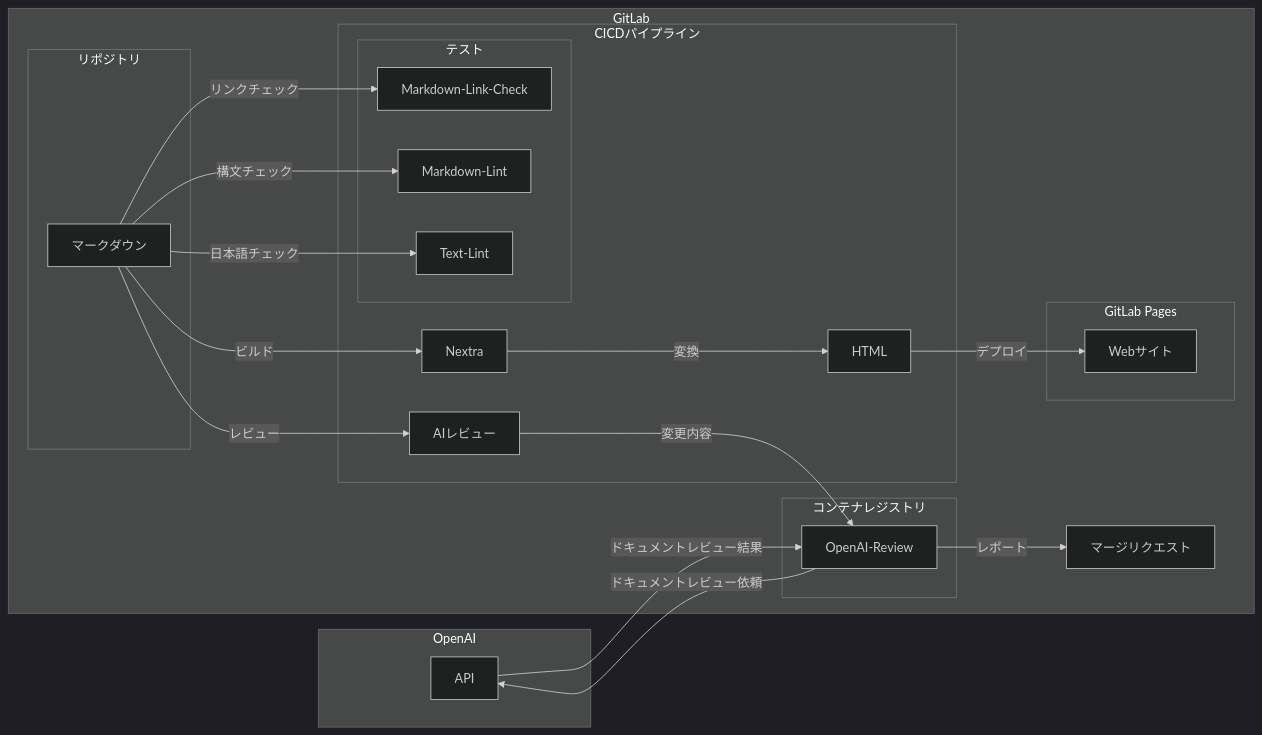
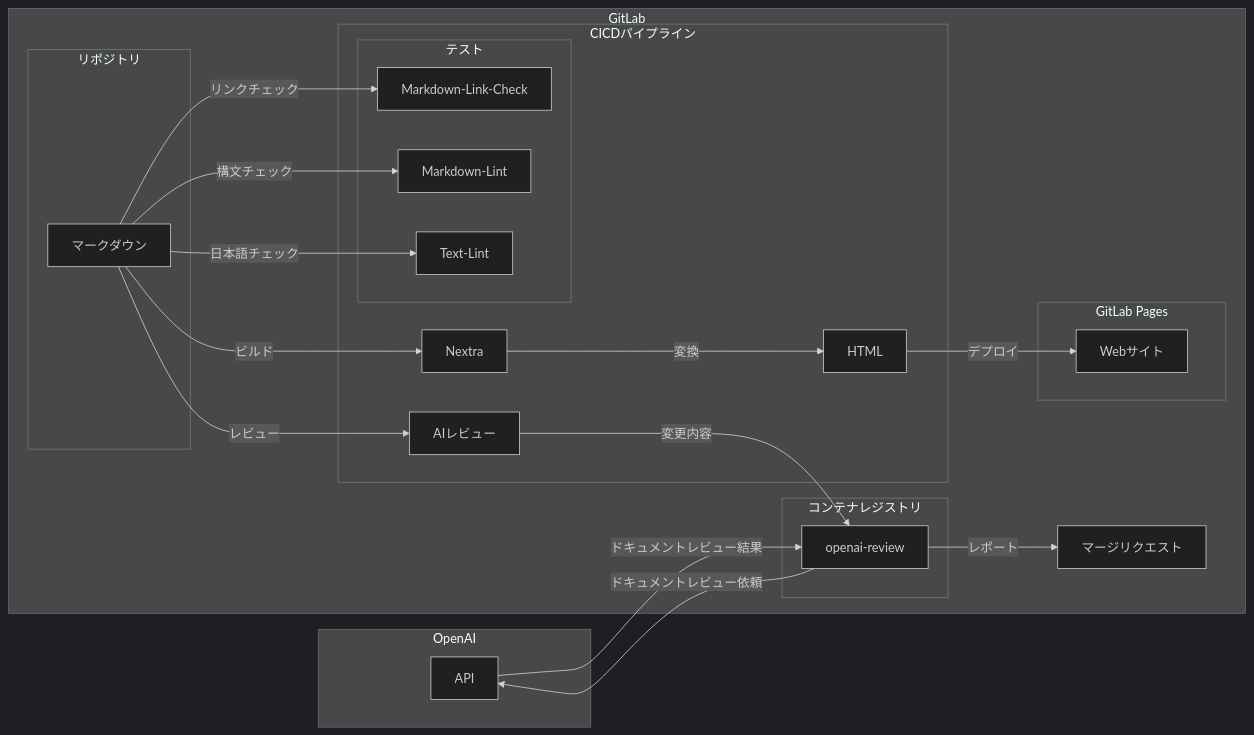
Before and after one commit to gongyong/docs: the first of 2 diagrams in pages/index.mdx, drawn with Mermaid (dark theme). The commit also changed other lines of this file, not shown here.

Commit message:
openai-review

````diff
--- a/pages/index.mdx
+++ b/pages/index.mdx
@@ -31,39 +31,39 @@
 ```mermaid
 graph LR
 subgraph OpenAI
     API
 end
 subgraph GitLab
     subgraph リポジトリ
         マークダウン
     end
     subgraph CICDパイプライン
         subgraph テスト
             Markdown-Link-Check
             Markdown-Lint
             Text-Lint
         end
         AIレビュー
         Nextra
         HTML
     end
     subgraph コンテナレジストリ
-        OpenAI-Review
+        openai-review
     end
     subgraph GitLab Pages
         Webサイト
     end
     マージリクエスト
     マークダウン--リンクチェック-->Markdown-Link-Check
     マークダウン--構文チェック-->Markdown-Lint
     マークダウン--日本語チェック-->Text-Lint
     マークダウン--レビュー-->AIレビュー
-    AIレビュー--変更内容-->OpenAI-Review
-    OpenAI-Review--ドキュメントレビュー依頼-->API
-    API--ドキュメントレビュー結果-->OpenAI-Review
-    OpenAI-Review--レポート-->マージリクエスト
+    AIレビュー--変更内容-->openai-review
+    openai-review--ドキュメントレビュー依頼-->API
+    API--ドキュメントレビュー結果-->openai-review
+    openai-review--レポート-->マージリクエスト
     マークダウン--ビルド-->Nextra
     Nextra--変換-->HTML
     HTML--デプロイ-->Webサイト
 end
 ```
````
